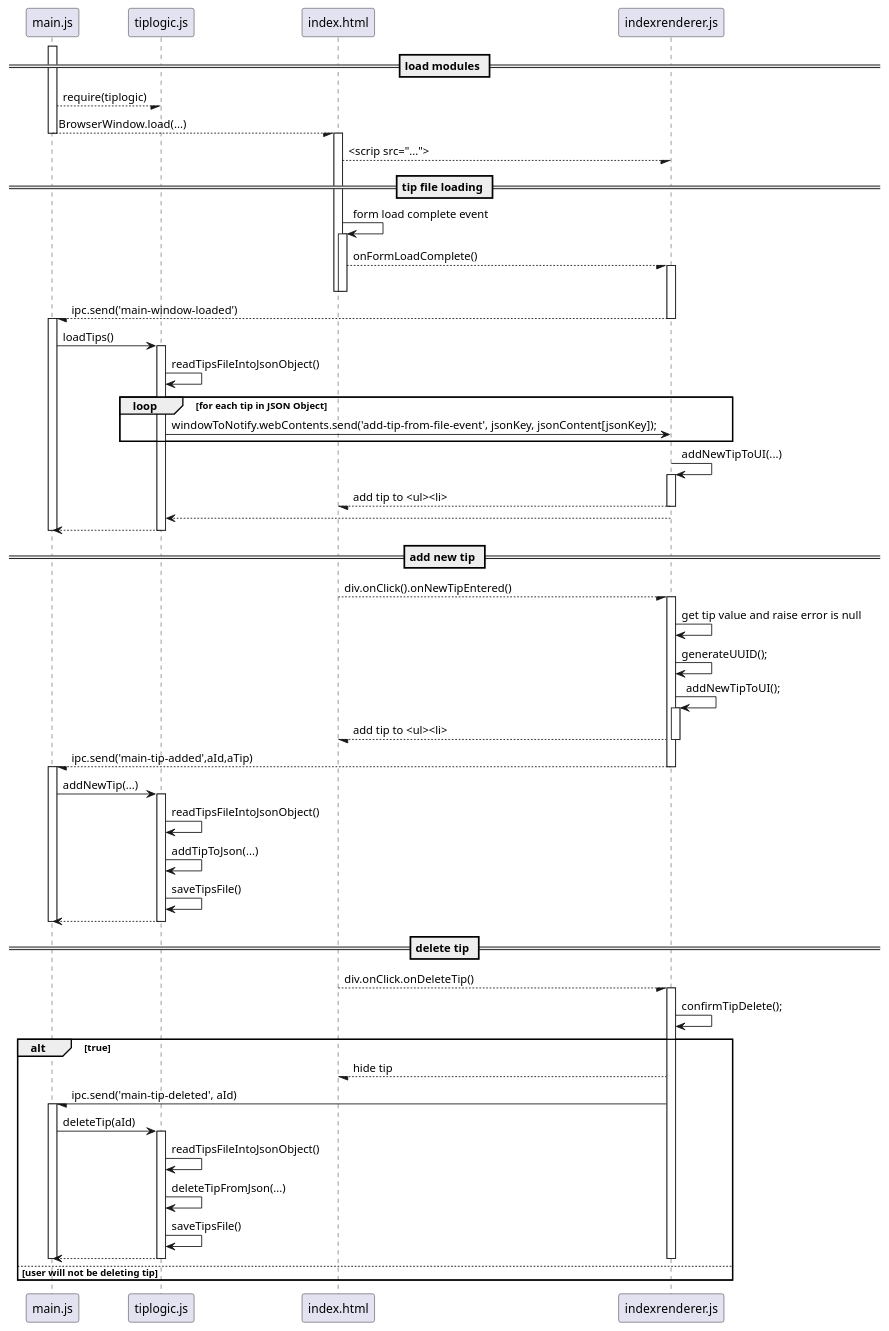
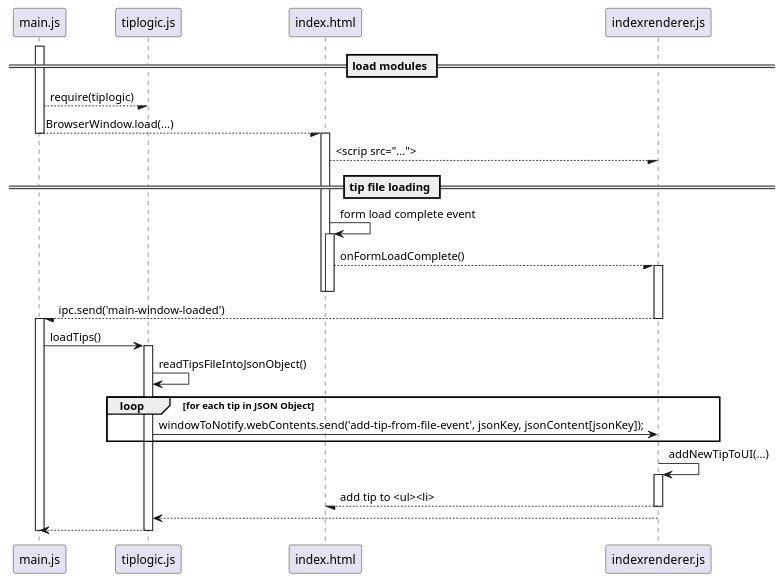
Before and after one commit to dale-moore/ptoolkit: the diagram in designs/sequence-startup.puml, drawn with PlantUML. The commit also changed 8 other files, not shown here.

Commit message:
added design images based on plantuml designs

```diff
--- a/designs/sequence-startup.puml
+++ b/designs/sequence-startup.puml
@@ -1,83 +1,45 @@
 @startuml
 
 == load modules ==
 activate main.js
 main.js --/ tiplogic.js : require(tiplogic)
 main.js --/ index.html : BrowserWindow.load(...)
 deactivate main.js
 activate index.html
 
 index.html --/ indexrenderer.js : <scrip src="...">
 
 == tip file loading ==
 index.html -> index.html : form load complete event
 activate index.html
 index.html --/ indexrenderer.js : onFormLoadComplete()
 activate indexrenderer.js
 deactivate index.html
 deactivate index.html
 
 indexrenderer.js --/ main.js : ipc.send('main-window-loaded')
 deactivate indexrenderer.js
 activate main.js
 
 main.js -> tiplogic.js : loadTips()
 activate tiplogic.js
 tiplogic.js -> tiplogic.js : readTipsFileIntoJsonObject()
 loop for each tip in JSON Object
   tiplogic.js -> indexrenderer.js : windowToNotify.webContents.send('add-tip-from-file-event', jsonKey, jsonContent[jsonKey]);
 end loop
 activate indexrenderer.js
 indexrenderer.js -> indexrenderer.js : addNewTipToUI(...)
 activate indexrenderer.js
 indexrenderer.js --/ index.html : add tip to <ul><li>
 deactivate indexrenderer.js
 tiplogic.js <-- indexrenderer.js
 deactivate indexrenderer.js
 main.js <-- tiplogic.js
 deactivate tiplogic.js
 deactivate main.js
 
-== add new tip ==
-index.html --/ indexrenderer.js : div.onClick().onNewTipEntered()
-activate indexrenderer.js
-indexrenderer.js -> indexrenderer.js : get tip value and raise error is null
-indexrenderer.js -> indexrenderer.js : generateUUID();
-indexrenderer.js -> indexrenderer.js : addNewTipToUI();
-activate indexrenderer.js
-indexrenderer.js --/ index.html : add tip to <ul><li>
-deactivate indexrenderer.js
-indexrenderer.js --/ main.js : ipc.send('main-tip-added',aId,aTip)
-deactivate indexrenderer.js
 
-activate main.js
-main.js -> tiplogic.js : addNewTip(...)
-activate tiplogic.js
-tiplogic.js -> tiplogic.js : readTipsFileIntoJsonObject()
-tiplogic.js -> tiplogic.js : addTipToJson(...)
-tiplogic.js -> tiplogic.js : saveTipsFile()
-tiplogic.js --> main.js
-deactivate tiplogic.js
-deactivate main.js
 
-== delete tip ==
-index.html --/ indexrenderer.js : div.onClick.onDeleteTip()
-activate indexrenderer.js
-indexrenderer.js -> indexrenderer.js : confirmTipDelete();
-alt true
-  indexrenderer.js --/ index.html : hide tip
-  indexrenderer.js -/ main.js : ipc.send('main-tip-deleted', aId)
-  activate main.js
-  main.js -> tiplogic.js : deleteTip(aId)
-  activate tiplogic.js
-  tiplogic.js -> tiplogic.js : readTipsFileIntoJsonObject()
-  tiplogic.js -> tiplogic.js : deleteTipFromJson(...)
-  tiplogic.js -> tiplogic.js : saveTipsFile()
-  tiplogic.js --> main.js
-  deactivate tiplogic.js
-  deactivate main.js
-else user will not be deleting tip
-  deactivate indexrenderer.js
-end
+
 
 @enduml
```
